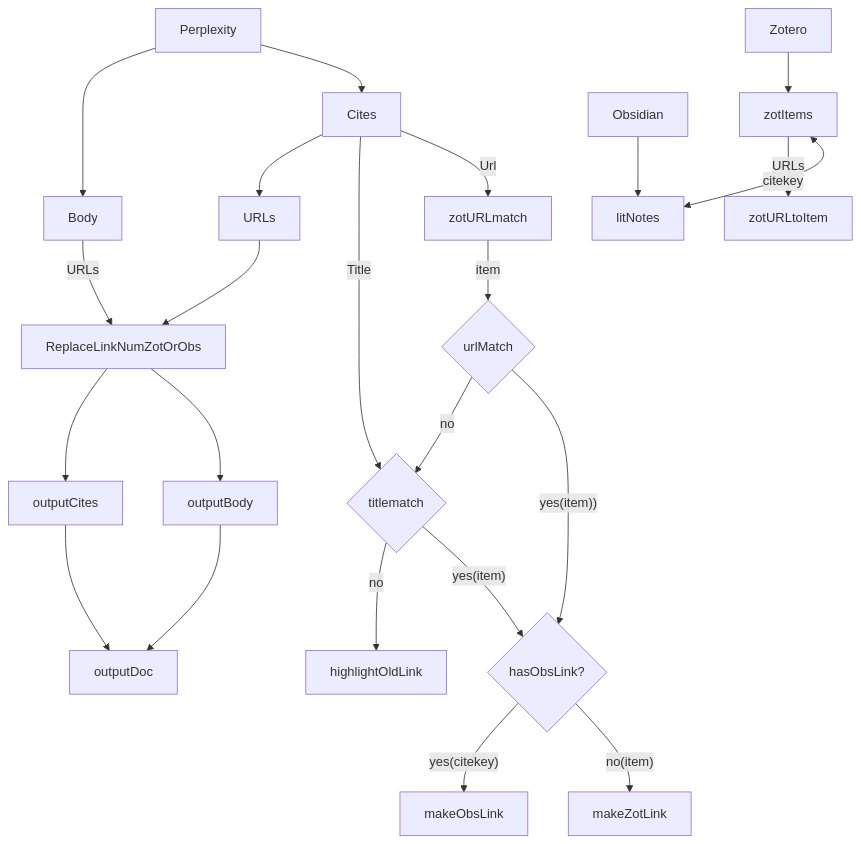
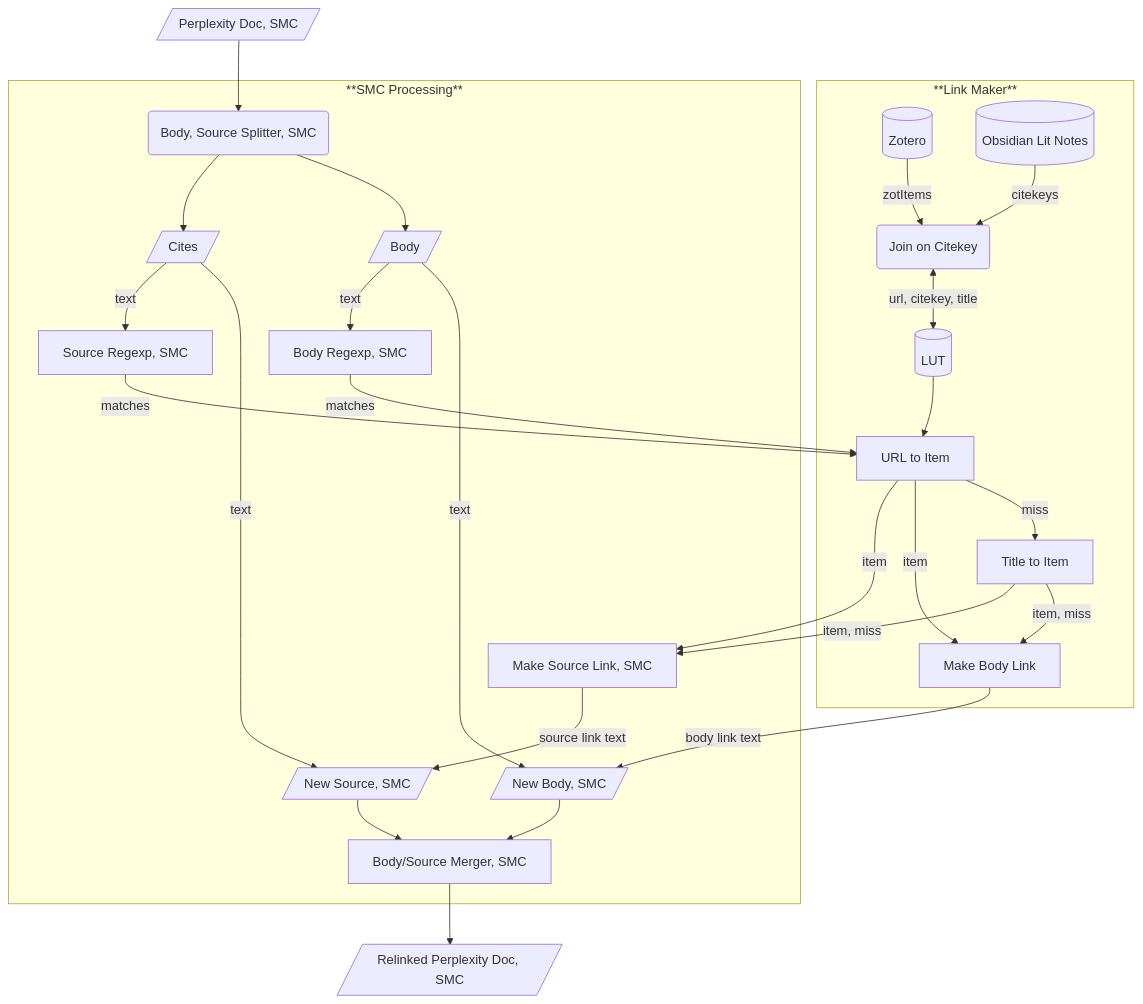
Before and after one commit to notuntoward/refwrangle: the diagram in doc/preplexity_link_replacement_smc.md, drawn with Mermaid. The commit also changed 11 other files, not shown here.

````diff
--- a/doc/preplexity_link_replacement_smc.md
+++ b/doc/preplexity_link_replacement_smc.md
@@ -7,29 +7,39 @@
 ```mermaid
 graph TD;
-    Perplexity-->Body;
-    Perplexity-->Cites;
-    Zotero-->zotItems;
-    Obsidian-->litNotes;
-    zotItems--URLs-->zotURLtoItem
-    zotItems<--citekey-->litNotes
-    Body--URLs-->ReplaceLinkNumZotOrObs
-    Cites-->URLs-->ReplaceLinkNumZotOrObs
-    ReplaceLinkNumZotOrObs --> outputCites
-    ReplaceLinkNumZotOrObs --> outputBody
-    outputBody --> outputDoc
-    outputCites --> outputDoc
-    Cites -- Title --> zotTitleMatch
-    Cites -- Url --> zotURLmatch
-    zotURLmatch -- item --> hasURL{urlMatch}
-    hasURL -- no --> zotTitleMatch{titlematch}
-    hasURL -- yes(item)) --> makeZotOrObsLink{hasObsLink?}
-    zotTitleMatch -- no --> highlightOldLink
-    zotTitleMatch -- yes(item) --> makeZotOrObsLink{hasObsLink?}
-    makeZotOrObsLink-- yes(citekey) --> makeObsLink
-    makeZotOrObsLink-- no(item) --> makeZotLink
-    
+    Perplexity[/Perplexity Doc, SMC/] --> Splitter(Body, Source Splitter, SMC)
+    Splitter -->Body[/Body/]--text--> NewBdy[/New Body, SMC/];
+    Splitter -->Cites[/Cites/]--text--> NewSrc[/New Source, SMC/];
 
+    subgraph Lookup["**Link Maker**"]
+        Zotero[(Zotero)] -- zotItems --> Join(Join on Citekey);
+        Obsidian[(Obsidian Lit Notes)] -- citekeys --> Join;
+        Join <-- url, citekey, title --> LUT[(LUT)];
+        LUT --> URLmatch[URL to Item];
+        URLmatch -- miss --> TitleMatch[Title to Item];
+        URLmatch -- item --> MkBodyLink[Make Body Link];
+        TitleMatch -- item, miss --> MkBodyLink;
+    end
 
-    
+    TitleMatch -- item, miss --> MkSourceLink[Make Source Link, SMC];
+    URLmatch -- item --> MkSourceLink;
 
+    Body --text--> BodyRexp[Body Regexp, SMC] --matches-->URLmatch;
+    Cites --text--> SourceRexp[Source Regexp, SMC] --matches-->URLmatch;
+
+    MkBodyLink -- body link text --> NewBdy;
+    MkSourceLink -- source link text --> NewSrc;
+    NewBdy --> Merger[Body/Source Merger, SMC] --> NewDoc[/Relinked Perplexity Doc, SMC/];
+    NewSrc --> Merger
+
+    subgraph SMC["**SMC Processing**"]
+    Body
+    BodyRexp
+    Cites
+    SourceRexp
+    Splitter
+    Merger
+    NewBdy
+    NewSrc
+    MkSourceLink
+    end
 ```
````
